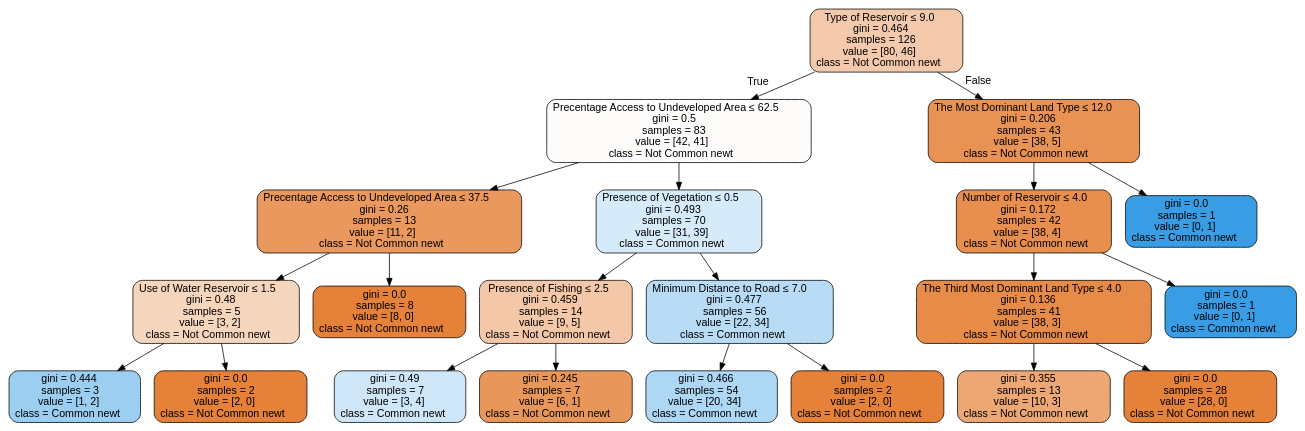
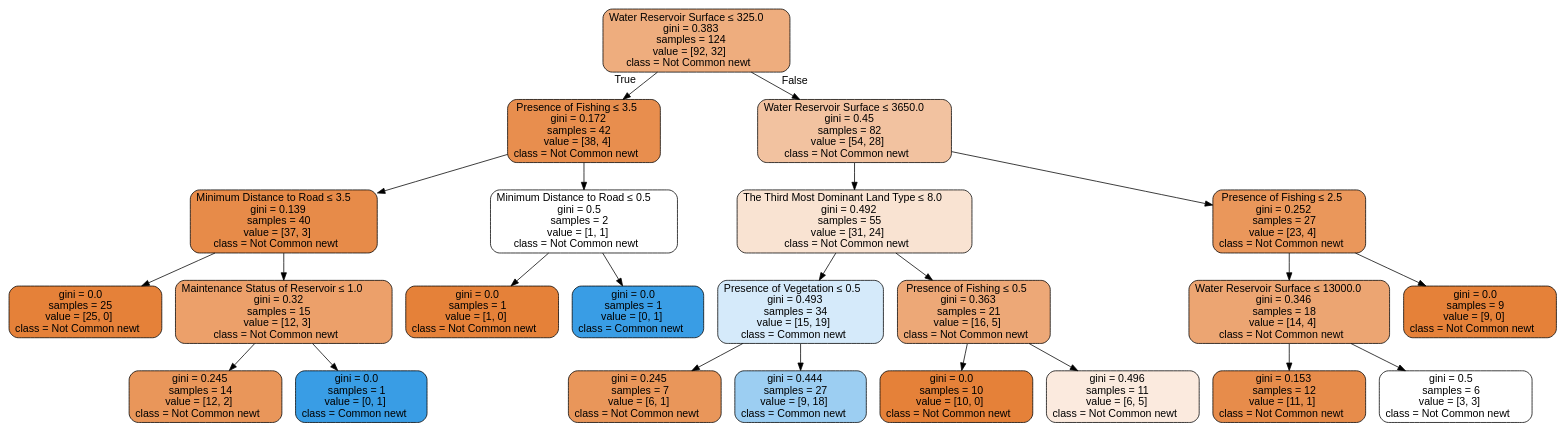
Before and after one commit to Jerry2001/Data_Mining: the diagram in Amphibian/DataVisualization/Graphviz/cn.dot, drawn with Graphviz. The commit also changed 19 other files, not shown here.

```diff
--- a/Amphibian/DataVisualization/Graphviz/cn.dot
+++ b/Amphibian/DataVisualization/Graphviz/cn.dot
@@ -1,45 +1,49 @@
 digraph Tree {
 node [shape=box, style="filled, rounded", color="black", fontname=helvetica] ;
 edge [fontname=helvetica] ;
-0 [label=<Type of Reservoir &le; 9.0<br/>gini = 0.464<br/>samples = 126<br/>value = [80, 46]<br/>class = Not Common newt>, fillcolor="#f4c9ab"] ;
-1 [label=<Precentage Access to Undeveloped Area &le; 62.5<br/>gini = 0.5<br/>samples = 83<br/>value = [42, 41]<br/>class = Not Common newt>, fillcolor="#fefcfa"] ;
+0 [label=<Water Reservoir Surface &le; 325.0<br/>gini = 0.383<br/>samples = 124<br/>value = [92, 32]<br/>class = Not Common newt>, fillcolor="#eead7e"] ;
+1 [label=<Presence of Fishing &le; 3.5<br/>gini = 0.172<br/>samples = 42<br/>value = [38, 4]<br/>class = Not Common newt>, fillcolor="#e88e4e"] ;
 0 -> 1 [labeldistance=2.5, labelangle=45, headlabel="True"] ;
-2 [label=<Precentage Access to Undeveloped Area &le; 37.5<br/>gini = 0.26<br/>samples = 13<br/>value = [11, 2]<br/>class = Not Common newt>, fillcolor="#ea985d"] ;
+2 [label=<Minimum Distance to Road &le; 3.5<br/>gini = 0.139<br/>samples = 40<br/>value = [37, 3]<br/>class = Not Common newt>, fillcolor="#e78b49"] ;
 1 -> 2 ;
-3 [label=<Use of Water Reservoir &le; 1.5<br/>gini = 0.48<br/>samples = 5<br/>value = [3, 2]<br/>class = Not Common newt>, fillcolor="#f6d5bd"] ;
+3 [label=<gini = 0.0<br/>samples = 25<br/>value = [25, 0]<br/>class = Not Common newt>, fillcolor="#e58139"] ;
 2 -> 3 ;
-4 [label=<gini = 0.444<br/>samples = 3<br/>value = [1, 2]<br/>class = Common newt>, fillcolor="#9ccef2"] ;
-3 -> 4 ;
-5 [label=<gini = 0.0<br/>samples = 2<br/>value = [2, 0]<br/>class = Not Common newt>, fillcolor="#e58139"] ;
-3 -> 5 ;
-6 [label=<gini = 0.0<br/>samples = 8<br/>value = [8, 0]<br/>class = Not Common newt>, fillcolor="#e58139"] ;
-2 -> 6 ;
-7 [label=<Presence of Vegetation &le; 0.5<br/>gini = 0.493<br/>samples = 70<br/>value = [31, 39]<br/>class = Common newt>, fillcolor="#d6ebfa"] ;
+4 [label=<Maintenance Status of Reservoir &le; 1.0<br/>gini = 0.32<br/>samples = 15<br/>value = [12, 3]<br/>class = Not Common newt>, fillcolor="#eca06a"] ;
+2 -> 4 ;
+5 [label=<gini = 0.245<br/>samples = 14<br/>value = [12, 2]<br/>class = Not Common newt>, fillcolor="#e9965a"] ;
+4 -> 5 ;
+6 [label=<gini = 0.0<br/>samples = 1<br/>value = [0, 1]<br/>class = Common newt>, fillcolor="#399de5"] ;
+4 -> 6 ;
+7 [label=<Minimum Distance to Road &le; 0.5<br/>gini = 0.5<br/>samples = 2<br/>value = [1, 1]<br/>class = Not Common newt>, fillcolor="#ffffff"] ;
 1 -> 7 ;
-8 [label=<Presence of Fishing &le; 2.5<br/>gini = 0.459<br/>samples = 14<br/>value = [9, 5]<br/>class = Not Common newt>, fillcolor="#f3c7a7"] ;
+8 [label=<gini = 0.0<br/>samples = 1<br/>value = [1, 0]<br/>class = Not Common newt>, fillcolor="#e58139"] ;
 7 -> 8 ;
-9 [label=<gini = 0.49<br/>samples = 7<br/>value = [3, 4]<br/>class = Common newt>, fillcolor="#cee6f8"] ;
-8 -> 9 ;
-10 [label=<gini = 0.245<br/>samples = 7<br/>value = [6, 1]<br/>class = Not Common newt>, fillcolor="#e9965a"] ;
-8 -> 10 ;
-11 [label=<Minimum Distance to Road &le; 7.0<br/>gini = 0.477<br/>samples = 56<br/>value = [22, 34]<br/>class = Common newt>, fillcolor="#b9dcf6"] ;
-7 -> 11 ;
-12 [label=<gini = 0.466<br/>samples = 54<br/>value = [20, 34]<br/>class = Common newt>, fillcolor="#add7f4"] ;
+9 [label=<gini = 0.0<br/>samples = 1<br/>value = [0, 1]<br/>class = Common newt>, fillcolor="#399de5"] ;
+7 -> 9 ;
+10 [label=<Water Reservoir Surface &le; 3650.0<br/>gini = 0.45<br/>samples = 82<br/>value = [54, 28]<br/>class = Not Common newt>, fillcolor="#f2c2a0"] ;
+0 -> 10 [labeldistance=2.5, labelangle=-45, headlabel="False"] ;
+11 [label=<The Third Most Dominant Land Type &le; 8.0<br/>gini = 0.492<br/>samples = 55<br/>value = [31, 24]<br/>class = Not Common newt>, fillcolor="#f9e3d2"] ;
+10 -> 11 ;
+12 [label=<Presence of Vegetation &le; 0.5<br/>gini = 0.493<br/>samples = 34<br/>value = [15, 19]<br/>class = Common newt>, fillcolor="#d5eafa"] ;
 11 -> 12 ;
-13 [label=<gini = 0.0<br/>samples = 2<br/>value = [2, 0]<br/>class = Not Common newt>, fillcolor="#e58139"] ;
-11 -> 13 ;
-14 [label=<The Most Dominant Land Type &le; 12.0<br/>gini = 0.206<br/>samples = 43<br/>value = [38, 5]<br/>class = Not Common newt>, fillcolor="#e89253"] ;
-0 -> 14 [labeldistance=2.5, labelangle=-45, headlabel="False"] ;
-15 [label=<Number of Reservoir &le; 4.0<br/>gini = 0.172<br/>samples = 42<br/>value = [38, 4]<br/>class = Not Common newt>, fillcolor="#e88e4e"] ;
-14 -> 15 ;
-16 [label=<The Third Most Dominant Land Type &le; 4.0<br/>gini = 0.136<br/>samples = 41<br/>value = [38, 3]<br/>class = Not Common newt>, fillcolor="#e78b49"] ;
+13 [label=<gini = 0.245<br/>samples = 7<br/>value = [6, 1]<br/>class = Not Common newt>, fillcolor="#e9965a"] ;
+12 -> 13 ;
+14 [label=<gini = 0.444<br/>samples = 27<br/>value = [9, 18]<br/>class = Common newt>, fillcolor="#9ccef2"] ;
+12 -> 14 ;
+15 [label=<Presence of Fishing &le; 0.5<br/>gini = 0.363<br/>samples = 21<br/>value = [16, 5]<br/>class = Not Common newt>, fillcolor="#eda877"] ;
+11 -> 15 ;
+16 [label=<gini = 0.0<br/>samples = 10<br/>value = [10, 0]<br/>class = Not Common newt>, fillcolor="#e58139"] ;
 15 -> 16 ;
-17 [label=<gini = 0.355<br/>samples = 13<br/>value = [10, 3]<br/>class = Not Common newt>, fillcolor="#eda774"] ;
-16 -> 17 ;
-18 [label=<gini = 0.0<br/>samples = 28<br/>value = [28, 0]<br/>class = Not Common newt>, fillcolor="#e58139"] ;
-16 -> 18 ;
-19 [label=<gini = 0.0<br/>samples = 1<br/>value = [0, 1]<br/>class = Common newt>, fillcolor="#399de5"] ;
-15 -> 19 ;
-20 [label=<gini = 0.0<br/>samples = 1<br/>value = [0, 1]<br/>class = Common newt>, fillcolor="#399de5"] ;
-14 -> 20 ;
+17 [label=<gini = 0.496<br/>samples = 11<br/>value = [6, 5]<br/>class = Not Common newt>, fillcolor="#fbeade"] ;
+15 -> 17 ;
+18 [label=<Presence of Fishing &le; 2.5<br/>gini = 0.252<br/>samples = 27<br/>value = [23, 4]<br/>class = Not Common newt>, fillcolor="#ea975b"] ;
+10 -> 18 ;
+19 [label=<Water Reservoir Surface &le; 13000.0<br/>gini = 0.346<br/>samples = 18<br/>value = [14, 4]<br/>class = Not Common newt>, fillcolor="#eca572"] ;
+18 -> 19 ;
+20 [label=<gini = 0.153<br/>samples = 12<br/>value = [11, 1]<br/>class = Not Common newt>, fillcolor="#e78c4b"] ;
+19 -> 20 ;
+21 [label=<gini = 0.5<br/>samples = 6<br/>value = [3, 3]<br/>class = Not Common newt>, fillcolor="#ffffff"] ;
+19 -> 21 ;
+22 [label=<gini = 0.0<br/>samples = 9<br/>value = [9, 0]<br/>class = Not Common newt>, fillcolor="#e58139"] ;
+18 -> 22 ;
 }
```
